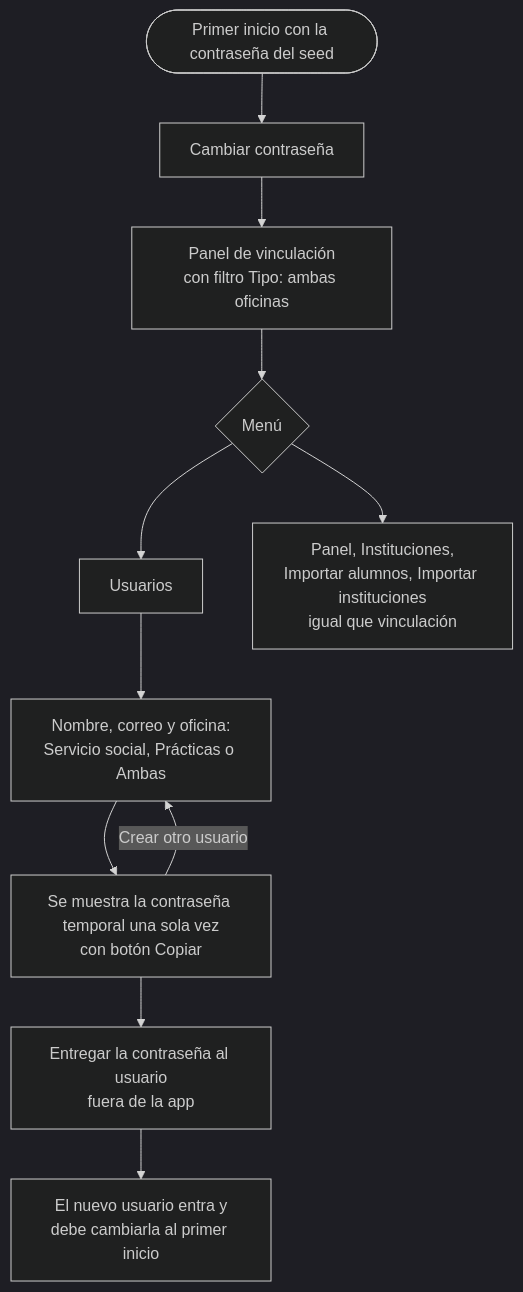
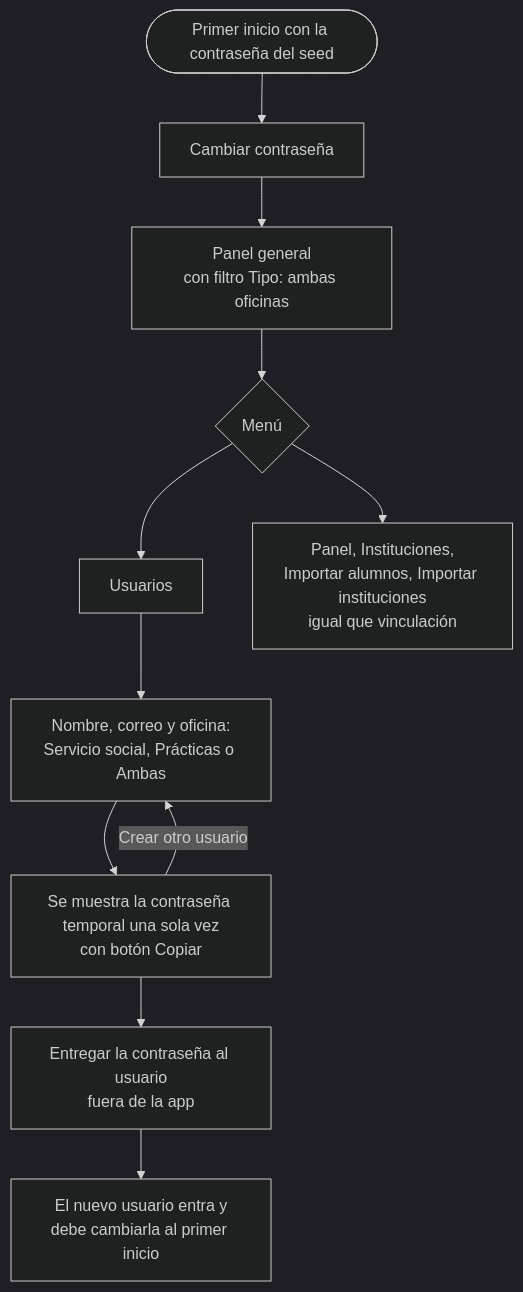
One commit to leslie-garcia801/praxis changed the second of 10 diagrams in docs/flujo-app.md. Above: the diagram before and after it, drawn with Mermaid (dark theme). The commit also changed other lines of this file, not shown here.

Commit message:
docs: add student detail and office names to the UI flow

````diff
--- a/docs/flujo-app.md
+++ b/docs/flujo-app.md
@@ -53,14 +54,14 @@
 ```mermaid
 flowchart TD
     IN([Primer inicio con la contraseña del seed]) --> CC[Cambiar contraseña]
-    CC --> P[Panel de vinculación<br/>con filtro Tipo: ambas oficinas]
+    CC --> P[Panel general<br/>con filtro Tipo: ambas oficinas]
     P --> NAV{Menú}
     NAV --> U[Usuarios]
     NAV --> OTRAS[Panel, Instituciones,<br/>Importar alumnos, Importar instituciones<br/>igual que vinculación]
 
     U --> F[Nombre, correo y oficina:<br/>Servicio social, Prácticas o Ambas]
     F --> R[Se muestra la contraseña temporal una sola vez<br/>con botón Copiar]
     R --> E[Entregar la contraseña al usuario<br/>fuera de la app]
     E --> N[El nuevo usuario entra y<br/>debe cambiarla al primer inicio]
     R -- "Crear otro usuario" --> F
 ```
````
